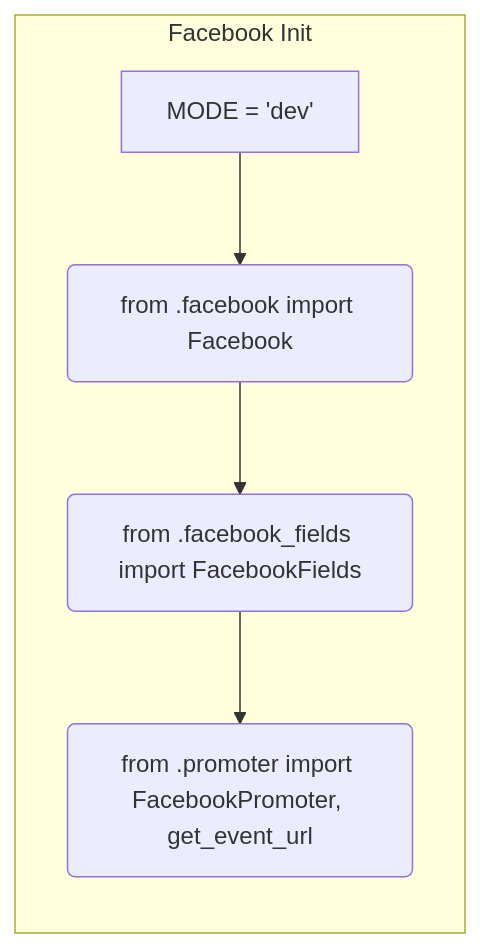
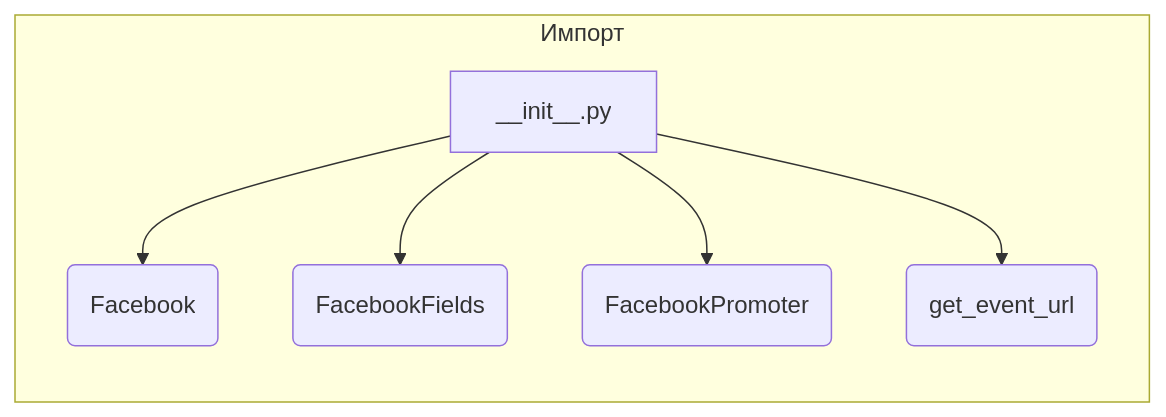
Before and after one commit to hypo69/hypo: the second of 2 diagrams in docs/gemini/ru/explainer/src/endpoints/advertisement/facebook/__init__.md, drawn with Mermaid. The commit also changed other lines of this file and 43 other files, not shown here.

````diff
--- a/docs/gemini/ru/explainer/src/endpoints/advertisement/facebook/__init__.md
+++ b/docs/gemini/ru/explainer/src/endpoints/advertisement/facebook/__init__.md
@@ -32,8 +48,9 @@
 ```mermaid
 graph LR
-    subgraph Facebook Init
-        A[MODE = 'dev'] --> B(from .facebook import Facebook)
-        B --> C(from .facebook_fields import FacebookFields)
-        C --> D(from .promoter import FacebookPromoter, get_event_url)
+    subgraph Импорт
+        A[__init__.py] --> B(Facebook);
+        A --> C(FacebookFields);
+        A --> D(FacebookPromoter);
+        A --> E(get_event_url);
     end
 ```
````
